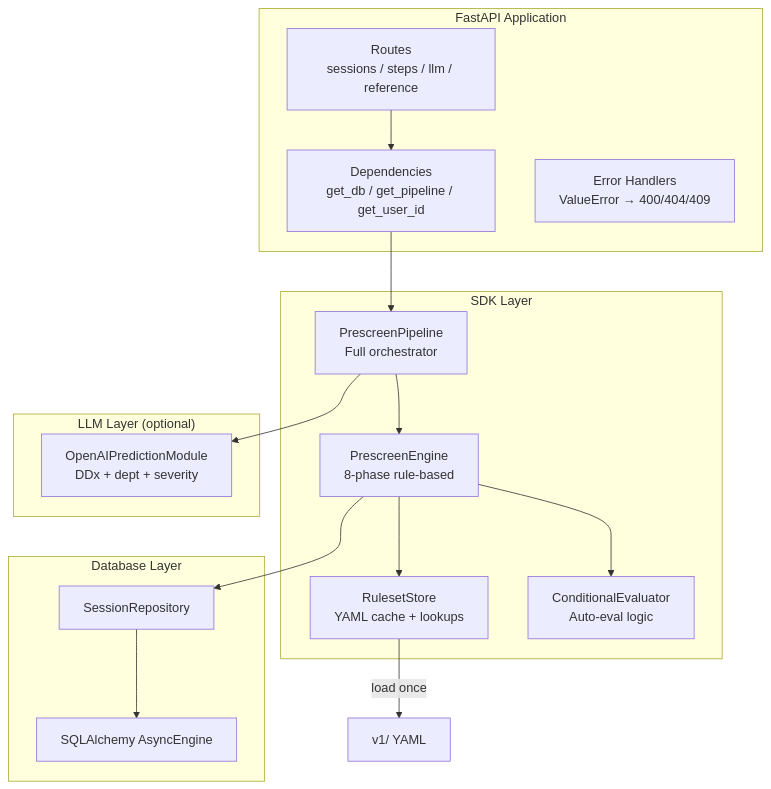
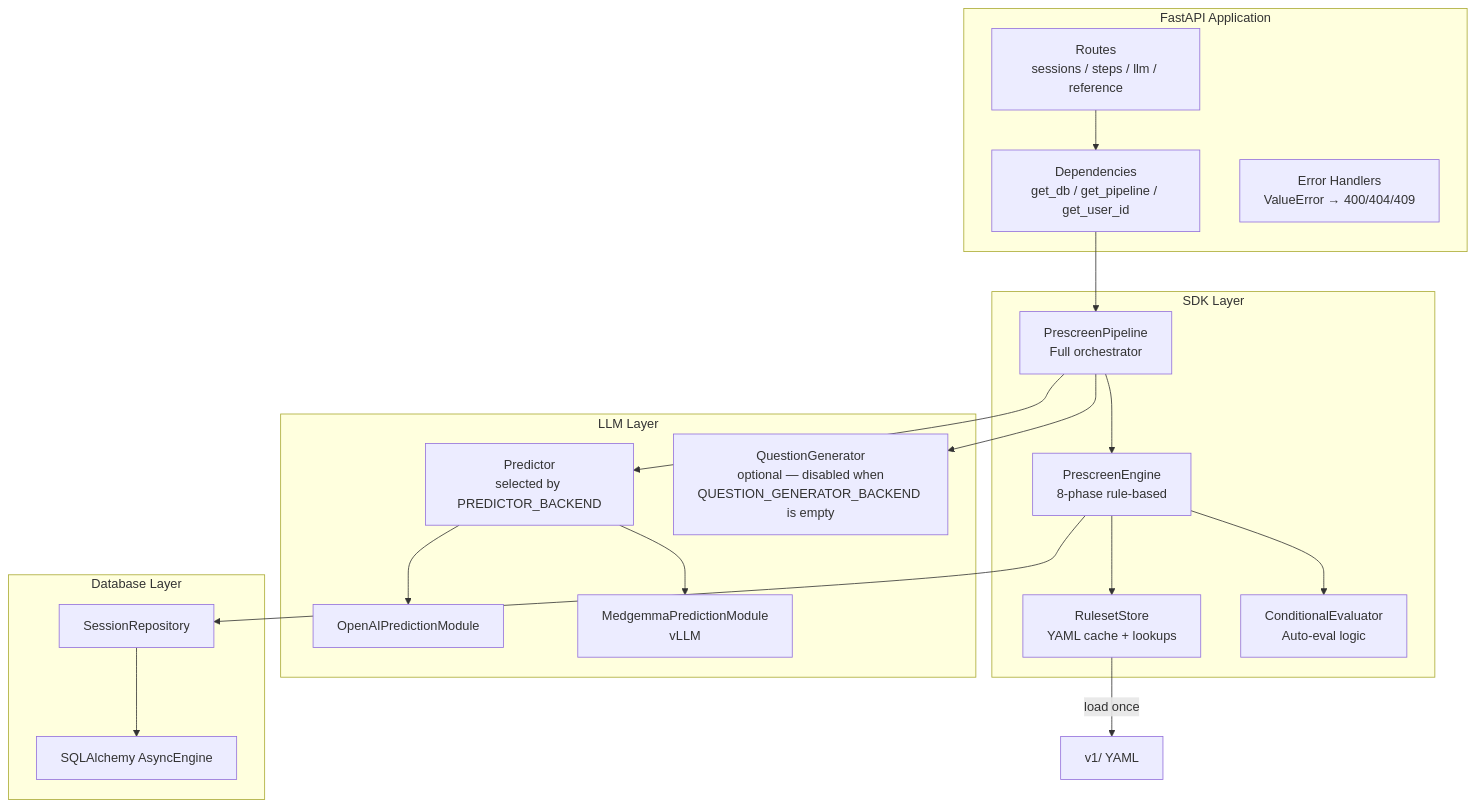
The second of 3 diagrams in src/prescreen_server/docs/architecture.md (vistec-AI/thaillm-prescreen-rulesets), drawn with Mermaid before and after one commit. The commit also changed other lines of this file and 8 other files, not shown here.

Commit message:
Wire PREDICTOR_BACKEND and QUESTION_GENERATOR_BACKEND env vars into prescreen-server

````diff
--- a/src/prescreen_server/docs/architecture.md
+++ b/src/prescreen_server/docs/architecture.md
@@ -21,34 +21,40 @@
 ```mermaid
 graph TB
     subgraph "FastAPI Application"
         Routes[Routes<br/>sessions / steps / llm / reference]
         Deps[Dependencies<br/>get_db / get_pipeline / get_user_id]
         Errors[Error Handlers<br/>ValueError → 400/404/409]
     end
 
     subgraph "SDK Layer"
         Pipeline[PrescreenPipeline<br/>Full orchestrator]
         Engine[PrescreenEngine<br/>8-phase rule-based]
         Store[RulesetStore<br/>YAML cache + lookups]
         Evaluator[ConditionalEvaluator<br/>Auto-eval logic]
     end
 
-    subgraph "LLM Layer (optional)"
-        Predictor[OpenAIPredictionModule<br/>DDx + dept + severity]
+    subgraph "LLM Layer"
+        Predictor[Predictor<br/>selected by PREDICTOR_BACKEND]
+        OpenAIPredictor[OpenAIPredictionModule]
+        MedgemmaPredictor[MedgemmaPredictionModule<br/>vLLM]
+        Generator[QuestionGenerator<br/>optional — disabled when<br/>QUESTION_GENERATOR_BACKEND is empty]
     end
 
     subgraph "Database Layer"
         Repo[SessionRepository]
         DBEngine[SQLAlchemy AsyncEngine]
     end
 
     Routes --> Deps
     Deps --> Pipeline
     Pipeline --> Engine
     Pipeline --> Predictor
+    Pipeline --> Generator
+    Predictor --> OpenAIPredictor
+    Predictor --> MedgemmaPredictor
     Engine --> Store
     Engine --> Evaluator
     Engine --> Repo
     Repo --> DBEngine
     Store -->|load once| YAML[v1/ YAML]
 ```
````
